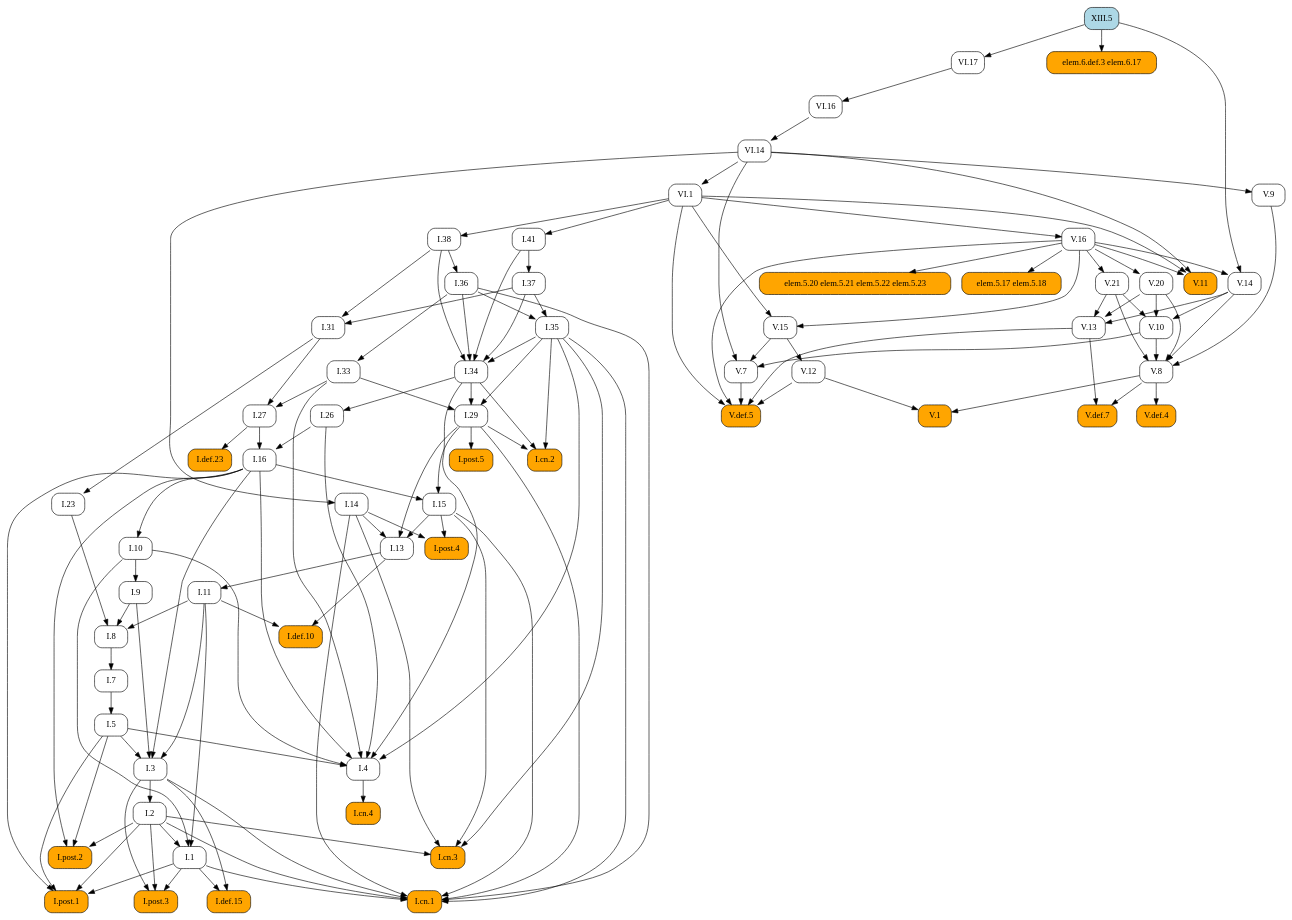
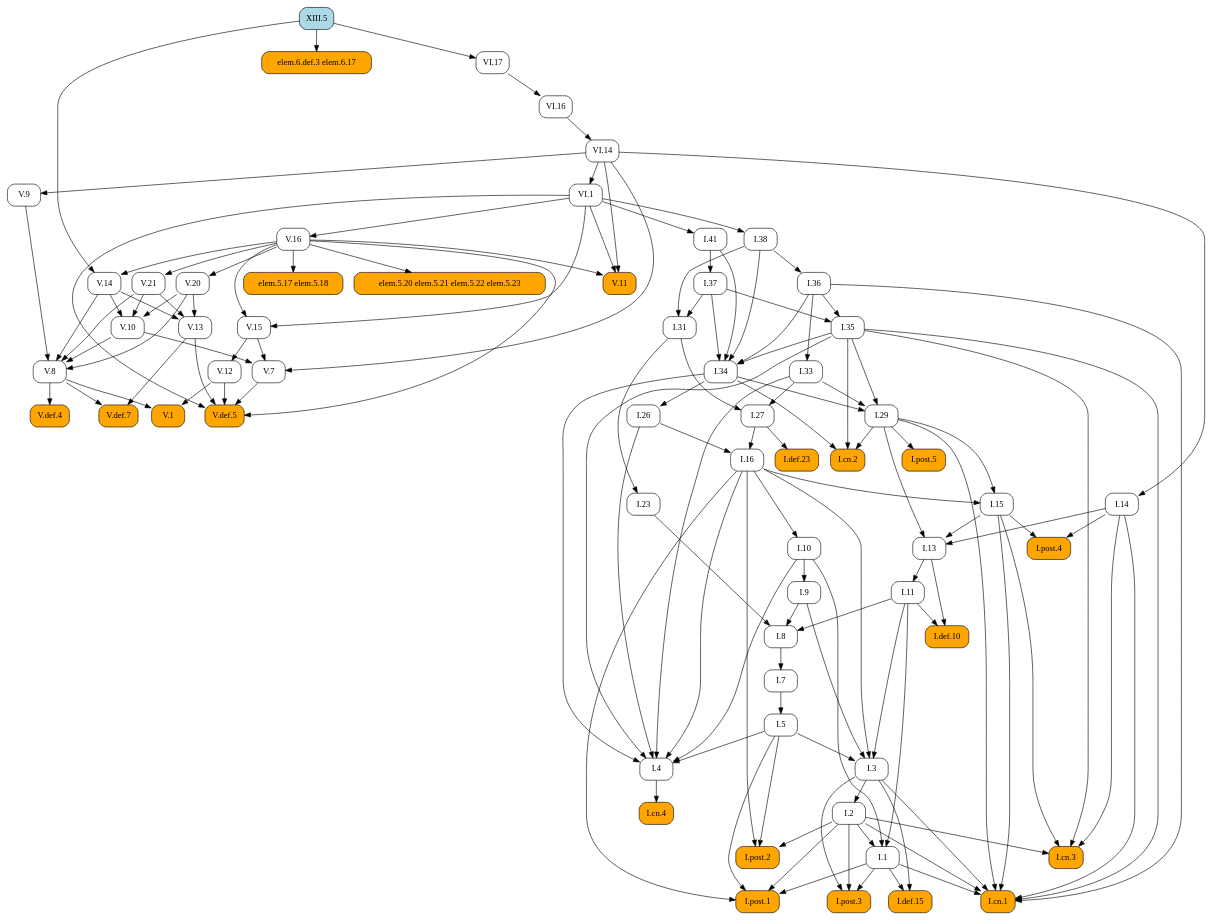
The diagram in docsrc/heath/XIII/5/index.rst (geometor/elements), drawn with Graphviz before and after one commit. The commit also changed other lines of this file and 484 other files, not shown here.

```diff
--- a/docsrc/heath/XIII/5/index.rst
+++ b/docsrc/heath/XIII/5/index.rst
@@ -47,77 +47,88 @@
    digraph {
      rankdir="TB";
      node [shape=box, style=rounded];
-     "I.def.10" [style="rounded,filled", fillcolor=orange, URL="/heath/I/def.10/", target="_top"];
-     "I.11" [URL="/heath/I/11/", target="_top"];
-     "I.post.4" [style="rounded,filled", fillcolor=orange, URL="/heath/I/post.4/", target="_top"];
-     "I.1" [URL="/heath/I/1/", target="_top"];
-     "I.26" [URL="/heath/I/26/", target="_top"];
+     "V.16" [URL="/heath/V/16/", target="_top"];
+     "I.23" [URL="/heath/I/23/", target="_top"];
+     "I.9" [URL="/heath/I/9/", target="_top"];
+     "I.33" [URL="/heath/I/33/", target="_top"];
+     "XIII.5" [style="rounded,filled", fillcolor=lightblue, URL="/heath/XIII/5/", target="_top"];
+     "I.def.15" [style="rounded,filled", fillcolor=orange, URL="/heath/I/def.15/", target="_top"];
+     "V.13" [URL="/heath/V/13/", target="_top"];
+     "V.7" [URL="/heath/V/7/", target="_top"];
+     "elem.5.17 elem.5.18" [style="rounded,filled", fillcolor=orange];
+     "I.post.3" [style="rounded,filled", fillcolor=orange, URL="/heath/I/post.3/", target="_top"];
+     "I.post.1" [style="rounded,filled", fillcolor=orange, URL="/heath/I/post.1/", target="_top"];
      "V.14" [URL="/heath/V/14/", target="_top"];
      "V.def.5" [style="rounded,filled", fillcolor=orange, URL="/heath/V/def.5/", target="_top"];
+     "V.9" [URL="/heath/V/9/", target="_top"];
+     "I.31" [URL="/heath/I/31/", target="_top"];
+     "V.10" [URL="/heath/V/10/", target="_top"];
+     "I.def.10" [style="rounded,filled", fillcolor=orange, URL="/heath/I/def.10/", target="_top"];
+     "VI.1" [URL="/heath/VI/1/", target="_top"];
+     "V.20" [URL="/heath/V/20/", target="_top"];
+     "VI.14" [URL="/heath/VI/14/", target="_top"];
+     "I.27" [URL="/heath/I/27/", target="_top"];
+     "I.14" [URL="/heath/I/14/", target="_top"];
+     "V.11" [style="rounded,filled", fillcolor=orange, URL="/heath/V/11/", target="_top"];
+     "elem.5.20 elem.5.21 elem.5.22 elem.5.23" [style="rounded,filled", fillcolor=orange];
+     "I.34" [URL="/heath/I/34/", target="_top"];
+     "V.12" [URL="/heath/V/12/", target="_top"];
+     "I.3" [URL="/heath/I/3/", target="_top"];
+     "V.def.4" [style="rounded,filled", fillcolor=orange, URL="/heath/V/def.4/", target="_top"];
+     "I.35" [URL="/heath/I/35/", target="_top"];
+     "I.cn.1" [style="rounded,filled", fillcolor=orange, URL="/heath/I/cn.1/", target="_top"];
+     "V.def.7" [style="rounded,filled", fillcolor=orange, URL="/heath/V/def.7/", target="_top"];
+     "I.7" [URL="/heath/I/7/", target="_top"];
+     "V.21" [URL="/heath/V/21/", target="_top"];
+     "I.2" [URL="/heath/I/2/", target="_top"];
+     "elem.6.def.3 elem.6.17" [style="rounded,filled", fillcolor=orange];
+     "I.36" [URL="/heath/I/36/", target="_top"];
+     "I.13" [URL="/heath/I/13/", target="_top"];
+     "I.post.4" [style="rounded,filled", fillcolor=orange, URL="/heath/I/post.4/", target="_top"];
+     "I.4" [URL="/heath/I/4/", target="_top"];
+     "I.1" [URL="/heath/I/1/", target="_top"];
+     "I.5" [URL="/heath/I/5/", target="_top"];
+     "I.37" [URL="/heath/I/37/", target="_top"];
+     "I.8" [URL="/heath/I/8/", target="_top"];
+     "I.cn.3" [style="rounded,filled", fillcolor=orange, URL="/heath/I/cn.3/", target="_top"];
      "I.29" [URL="/heath/I/29/", target="_top"];
-     "V.12" [URL="/heath/V/12/", target="_top"];
+     "I.16" [URL="/heath/I/16/", target="_top"];
+     "V.8" [URL="/heath/V/8/", target="_top"];
+     "I.38" [URL="/heath/I/38/", target="_top"];
+     "I.15" [URL="/heath/I/15/", target="_top"];
+     "V.1" [style="rounded,filled", fillcolor=orange, URL="/heath/V/1/", target="_top"];
+     "I.11" [URL="/heath/I/11/", target="_top"];
+     "I.def.23" [style="rounded,filled", fillcolor=orange, URL="/heath/I/def.23/", target="_top"];
+     "I.10" [URL="/heath/I/10/", target="_top"];
      "I.cn.2" [style="rounded,filled", fillcolor=orange, URL="/heath/I/cn.2/", target="_top"];
-     "V.10" [URL="/heath/V/10/", target="_top"];
-     "V.13" [URL="/heath/V/13/", target="_top"];
-     "V.11" [style="rounded,filled", fillcolor=orange, URL="/heath/V/11/", target="_top"];
-     "V.20" [URL="/heath/V/20/", target="_top"];
-     "I.def.15" [style="rounded,filled", fillcolor=orange, URL="/heath/I/def.15/", target="_top"];
-     "elem.6.def.3 elem.6.17" [style="rounded,filled", fillcolor=orange];
+     "I.post.5" [style="rounded,filled", fillcolor=orange, URL="/heath/I/post.5/", target="_top"];
+     "VI.17" [URL="/heath/VI/17/", target="_top"];
+     "I.cn.4" [style="rounded,filled", fillcolor=orange, URL="/heath/I/cn.4/", target="_top"];
+     "I.41" [URL="/heath/I/41/", target="_top"];
      "V.15" [URL="/heath/V/15/", target="_top"];
-     "VI.1" [URL="/heath/VI/1/", target="_top"];
-     "I.post.3" [style="rounded,filled", fillcolor=orange, URL="/heath/I/post.3/", target="_top"];
-     "I.cn.1" [style="rounded,filled", fillcolor=orange, URL="/heath/I/cn.1/", target="_top"];
-     "I.cn.3" [style="rounded,filled", fillcolor=orange, URL="/heath/I/cn.3/", target="_top"];
-     "V.7" [URL="/heath/V/7/", target="_top"];
-     "VI.17" [URL="/heath/VI/17/", target="_top"];
-     "I.14" [URL="/heath/I/14/", target="_top"];
-     "V.9" [URL="/heath/V/9/", target="_top"];
-     "V.16" [URL="/heath/V/16/", target="_top"];
-     "I.23" [URL="/heath/I/23/", target="_top"];
-     "I.post.1" [style="rounded,filled", fillcolor=orange, URL="/heath/I/post.1/", target="_top"];
-     "XIII.5" [style="rounded,filled", fillcolor=lightblue, URL="/heath/XIII/5/", target="_top"];
-     "I.35" [URL="/heath/I/35/", target="_top"];
-     "V.8" [URL="/heath/V/8/", target="_top"];
-     "I.41" [URL="/heath/I/41/", target="_top"];
-     "I.36" [URL="/heath/I/36/", target="_top"];
-     "I.27" [URL="/heath/I/27/", target="_top"];
-     "I.37" [URL="/heath/I/37/", target="_top"];
-     "I.34" [URL="/heath/I/34/", target="_top"];
-     "I.3" [URL="/heath/I/3/", target="_top"];
-     "I.7" [URL="/heath/I/7/", target="_top"];
-     "I.2" [URL="/heath/I/2/", target="_top"];
-     "I.4" [URL="/heath/I/4/", target="_top"];
-     "I.def.23" [style="rounded,filled", fillcolor=orange, URL="/heath/I/def.23/", target="_top"];
-     "I.13" [URL="/heath/I/13/", target="_top"];
-     "I.33" [URL="/heath/I/33/", target="_top"];
-     "I.31" [URL="/heath/I/31/", target="_top"];
      "I.post.2" [style="rounded,filled", fillcolor=orange, URL="/heath/I/post.2/", target="_top"];
-     "V.1" [style="rounded,filled", fillcolor=orange, URL="/heath/V/1/", target="_top"];
-     "I.16" [URL="/heath/I/16/", target="_top"];
-     "elem.5.20 elem.5.21 elem.5.22 elem.5.23" [style="rounded,filled", fillcolor=orange];
-     "elem.5.17 elem.5.18" [style="rounded,filled", fillcolor=orange];
-     "I.9" [URL="/heath/I/9/", target="_top"];
-     "I.8" [URL="/heath/I/8/", target="_top"];
-     "V.def.4" [style="rounded,filled", fillcolor=orange, URL="/heath/V/def.4/", target="_top"];
+     "I.26" [URL="/heath/I/26/", target="_top"];
      "VI.16" [URL="/heath/VI/16/", target="_top"];
-     "VI.14" [URL="/heath/VI/14/", target="_top"];
-     "I.cn.4" [style="rounded,filled", fillcolor=orange, URL="/heath/I/cn.4/", target="_top"];
-     "I.15" [URL="/heath/I/15/", target="_top"];
-     "I.post.5" [style="rounded,filled", fillcolor=orange, URL="/heath/I/post.5/", target="_top"];
-     "I.38" [URL="/heath/I/38/", target="_top"];
-     "V.def.7" [style="rounded,filled", fillcolor=orange, URL="/heath/V/def.7/", target="_top"];
-     "I.10" [URL="/heath/I/10/", target="_top"];
-     "I.5" [URL="/heath/I/5/", target="_top"];
-     "V.21" [URL="/heath/V/21/", target="_top"];
-     "I.11" -> "I.def.10";
-     "I.13" -> "I.def.10";
-     "I.13" -> "I.11";
-     "I.14" -> "I.post.4";
-     "I.15" -> "I.post.4";
-     "I.2" -> "I.1";
-     "I.10" -> "I.1";
-     "I.11" -> "I.1";
-     "I.34" -> "I.26";
+     "VI.1" -> "V.16";
+     "I.31" -> "I.23";
+     "I.10" -> "I.9";
+     "I.36" -> "I.33";
+     "I.1" -> "I.def.15";
+     "I.3" -> "I.def.15";
+     "V.14" -> "V.13";
+     "V.20" -> "V.13";
+     "V.21" -> "V.13";
+     "V.10" -> "V.7";
+     "V.15" -> "V.7";
+     "VI.14" -> "V.7";
+     "V.16" -> "elem.5.17 elem.5.18";
+     "I.1" -> "I.post.3";
+     "I.2" -> "I.post.3";
+     "I.3" -> "I.post.3";
+     "I.1" -> "I.post.1";
+     "I.2" -> "I.post.1";
+     "I.5" -> "I.post.1";
+     "I.16" -> "I.post.1";
      "V.16" -> "V.14";
      "XIII.5" -> "V.14";
      "V.7" -> "V.def.5";
@@ -125,32 +136,37 @@
      "V.13" -> "V.def.5";
      "V.16" -> "V.def.5";
      "VI.1" -> "V.def.5";
-     "I.33" -> "I.29";
-     "I.34" -> "I.29";
-     "I.35" -> "I.29";
-     "V.15" -> "V.12";
-     "I.29" -> "I.cn.2";
-     "I.34" -> "I.cn.2";
-     "I.35" -> "I.cn.2";
+     "VI.14" -> "V.9";
+     "I.37" -> "I.31";
+     "I.38" -> "I.31";
      "V.14" -> "V.10";
      "V.20" -> "V.10";
      "V.21" -> "V.10";
-     "V.14" -> "V.13";
-     "V.20" -> "V.13";
-     "V.21" -> "V.13";
+     "I.11" -> "I.def.10";
+     "I.13" -> "I.def.10";
+     "VI.14" -> "VI.1";
+     "V.16" -> "V.20";
+     "VI.16" -> "VI.14";
+     "I.31" -> "I.27";
+     "I.33" -> "I.27";
+     "VI.14" -> "I.14";
      "V.16" -> "V.11";
      "VI.1" -> "V.11";
      "VI.14" -> "V.11";
-     "V.16" -> "V.20";
-     "I.1" -> "I.def.15";
-     "I.3" -> "I.def.15";
-     "XIII.5" -> "elem.6.def.3 elem.6.17";
-     "V.16" -> "V.15";
-     "VI.1" -> "V.15";
-     "VI.14" -> "VI.1";
-     "I.1" -> "I.post.3";
-     "I.2" -> "I.post.3";
-     "I.3" -> "I.post.3";
+     "V.16" -> "elem.5.20 elem.5.21 elem.5.22 elem.5.23";
+     "I.35" -> "I.34";
+     "I.36" -> "I.34";
+     "I.37" -> "I.34";
+     "I.38" -> "I.34";
+     "I.41" -> "I.34";
+     "V.15" -> "V.12";
+     "I.5" -> "I.3";
+     "I.9" -> "I.3";
+     "I.11" -> "I.3";
+     "I.16" -> "I.3";
+     "V.8" -> "V.def.4";
+     "I.36" -> "I.35";
+     "I.37" -> "I.35";
      "I.1" -> "I.cn.1";
      "I.2" -> "I.cn.1";
      "I.3" -> "I.cn.1";
@@ -159,45 +175,18 @@
      "I.29" -> "I.cn.1";
      "I.35" -> "I.cn.1";
      "I.36" -> "I.cn.1";
-     "I.2" -> "I.cn.3";
-     "I.14" -> "I.cn.3";
-     "I.15" -> "I.cn.3";
-     "I.35" -> "I.cn.3";
-     "V.10" -> "V.7";
-     "V.15" -> "V.7";
-     "VI.14" -> "V.7";
-     "XIII.5" -> "VI.17";
-     "VI.14" -> "I.14";
-     "VI.14" -> "V.9";
-     "VI.1" -> "V.16";
-     "I.31" -> "I.23";
-     "I.1" -> "I.post.1";
-     "I.2" -> "I.post.1";
-     "I.5" -> "I.post.1";
-     "I.16" -> "I.post.1";
-     "I.36" -> "I.35";
-     "I.37" -> "I.35";
-     "V.9" -> "V.8";
-     "V.10" -> "V.8";
-     "V.14" -> "V.8";
-     "V.20" -> "V.8";
-     "V.21" -> "V.8";
-     "VI.1" -> "I.41";
+     "V.8" -> "V.def.7";
+     "V.13" -> "V.def.7";
+     "I.8" -> "I.7";
+     "V.16" -> "V.21";
+     "I.3" -> "I.2";
+     "XIII.5" -> "elem.6.def.3 elem.6.17";
      "I.38" -> "I.36";
-     "I.31" -> "I.27";
-     "I.33" -> "I.27";
-     "I.41" -> "I.37";
-     "I.35" -> "I.34";
-     "I.36" -> "I.34";
-     "I.37" -> "I.34";
-     "I.38" -> "I.34";
-     "I.41" -> "I.34";
-     "I.5" -> "I.3";
-     "I.9" -> "I.3";
-     "I.11" -> "I.3";
-     "I.16" -> "I.3";
-     "I.8" -> "I.7";
-     "I.3" -> "I.2";
+     "I.14" -> "I.13";
+     "I.15" -> "I.13";
+     "I.29" -> "I.13";
+     "I.14" -> "I.post.4";
+     "I.15" -> "I.post.4";
      "I.5" -> "I.4";
      "I.10" -> "I.4";
      "I.16" -> "I.4";
@@ -205,37 +194,48 @@
      "I.33" -> "I.4";
      "I.34" -> "I.4";
      "I.35" -> "I.4";
+     "I.2" -> "I.1";
+     "I.10" -> "I.1";
+     "I.11" -> "I.1";
+     "I.7" -> "I.5";
+     "I.41" -> "I.37";
+     "I.9" -> "I.8";
+     "I.11" -> "I.8";
+     "I.23" -> "I.8";
+     "I.2" -> "I.cn.3";
+     "I.14" -> "I.cn.3";
+     "I.15" -> "I.cn.3";
+     "I.35" -> "I.cn.3";
+     "I.33" -> "I.29";
+     "I.34" -> "I.29";
+     "I.35" -> "I.29";
+     "I.26" -> "I.16";
+     "I.27" -> "I.16";
+     "V.9" -> "V.8";
+     "V.10" -> "V.8";
+     "V.14" -> "V.8";
+     "V.20" -> "V.8";
+     "V.21" -> "V.8";
+     "VI.1" -> "I.38";
+     "I.16" -> "I.15";
+     "I.29" -> "I.15";
+     "V.8" -> "V.1";
+     "V.12" -> "V.1";
+     "I.13" -> "I.11";
      "I.27" -> "I.def.23";
-     "I.14" -> "I.13";
-     "I.15" -> "I.13";
-     "I.29" -> "I.13";
-     "I.36" -> "I.33";
-     "I.37" -> "I.31";
-     "I.38" -> "I.31";
+     "I.16" -> "I.10";
+     "I.29" -> "I.cn.2";
+     "I.34" -> "I.cn.2";
+     "I.35" -> "I.cn.2";
+     "I.29" -> "I.post.5";
+     "XIII.5" -> "VI.17";
+     "I.4" -> "I.cn.4";
+     "VI.1" -> "I.41";
+     "V.16" -> "V.15";
+     "VI.1" -> "V.15";
      "I.2" -> "I.post.2";
      "I.5" -> "I.post.2";
      "I.16" -> "I.post.2";
-     "V.8" -> "V.1";
-     "V.12" -> "V.1";
-     "I.26" -> "I.16";
-     "I.27" -> "I.16";
-     "V.16" -> "elem.5.20 elem.5.21 elem.5.22 elem.5.23";
-     "V.16" -> "elem.5.17 elem.5.18";
-     "I.10" -> "I.9";
-     "I.9" -> "I.8";
-     "I.11" -> "I.8";
-     "I.23" -> "I.8";
-     "V.8" -> "V.def.4";
+     "I.34" -> "I.26";
      "VI.17" -> "VI.16";
-     "VI.16" -> "VI.14";
-     "I.4" -> "I.cn.4";
-     "I.16" -> "I.15";
-     "I.29" -> "I.15";
-     "I.29" -> "I.post.5";
-     "VI.1" -> "I.38";
-     "V.8" -> "V.def.7";
-     "V.13" -> "V.def.7";
-     "I.16" -> "I.10";
-     "I.7" -> "I.5";
-     "V.16" -> "V.21";
    }
```
